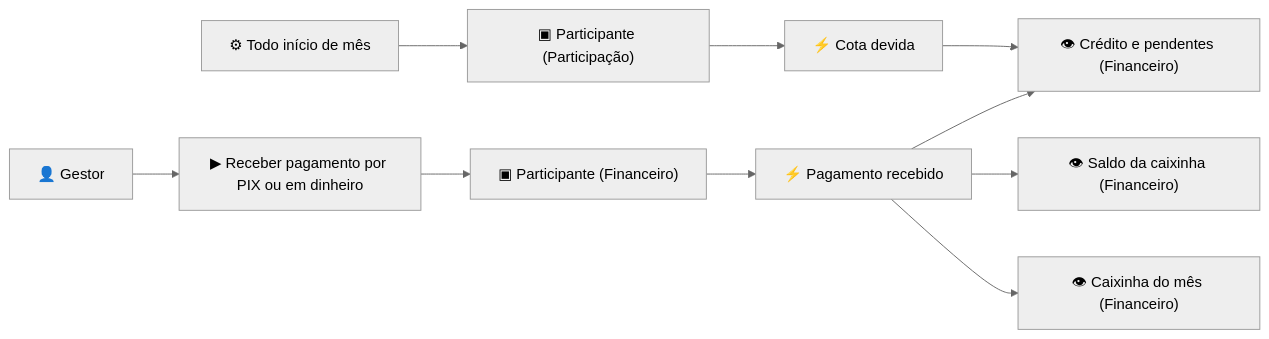
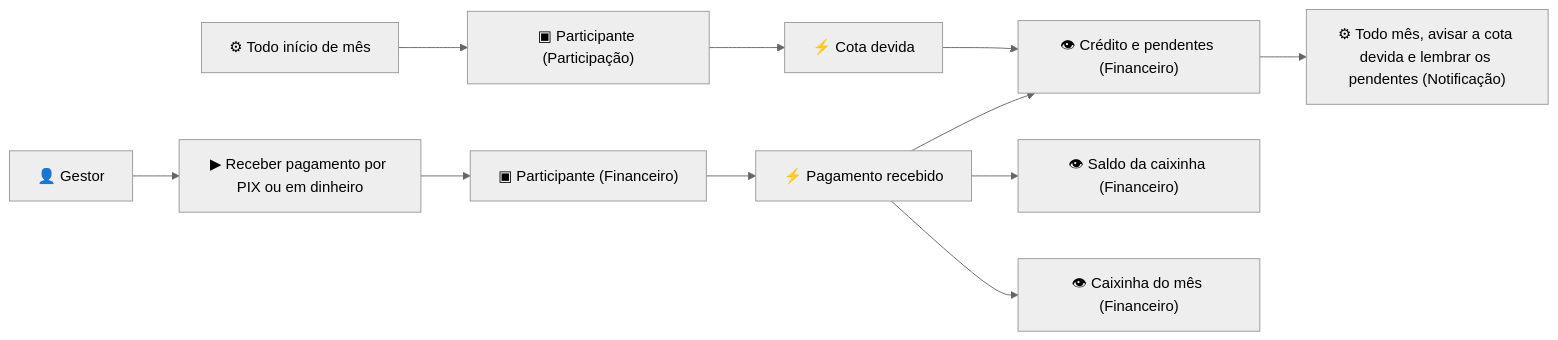
Before and after one commit to hsborges/facoffee-app: the third of 7 diagrams in docs/dominio/MODELOS.md, drawn with Mermaid. The commit also changed other lines of this file and 37 other files, not shown here.

First line of the commit message:
feat(notificacao): avisar a cota devida e lembrar os pendentes (#91)

````diff
--- a/docs/dominio/MODELOS.md
+++ b/docs/dominio/MODELOS.md
@@ -123,11 +123,12 @@
 ```mermaid
 %%{init: {"theme": "neutral"}}%%
 flowchart LR
 
     P1["⚙ Todo início de mês"] --> G1["▣ Participante (Participação)"] --> E1["⚡ Cota devida"]
     A1["👤 Gestor"] --> C1["▶ Receber pagamento por PIX ou em dinheiro"] --> G2["▣ Participante (Financeiro)"] --> E2["⚡ Pagamento recebido"]
     E1 --> R1["👁 Crédito e pendentes (Financeiro)"]
     E2 --> R1
     E2 --> R2["👁 Saldo da caixinha (Financeiro)"]
     E2 --> R3["👁 Caixinha do mês (Financeiro)"]
+    R1 --> P2["⚙ Todo mês, avisar a cota devida e lembrar os pendentes (Notificação)"]
 ```
````
